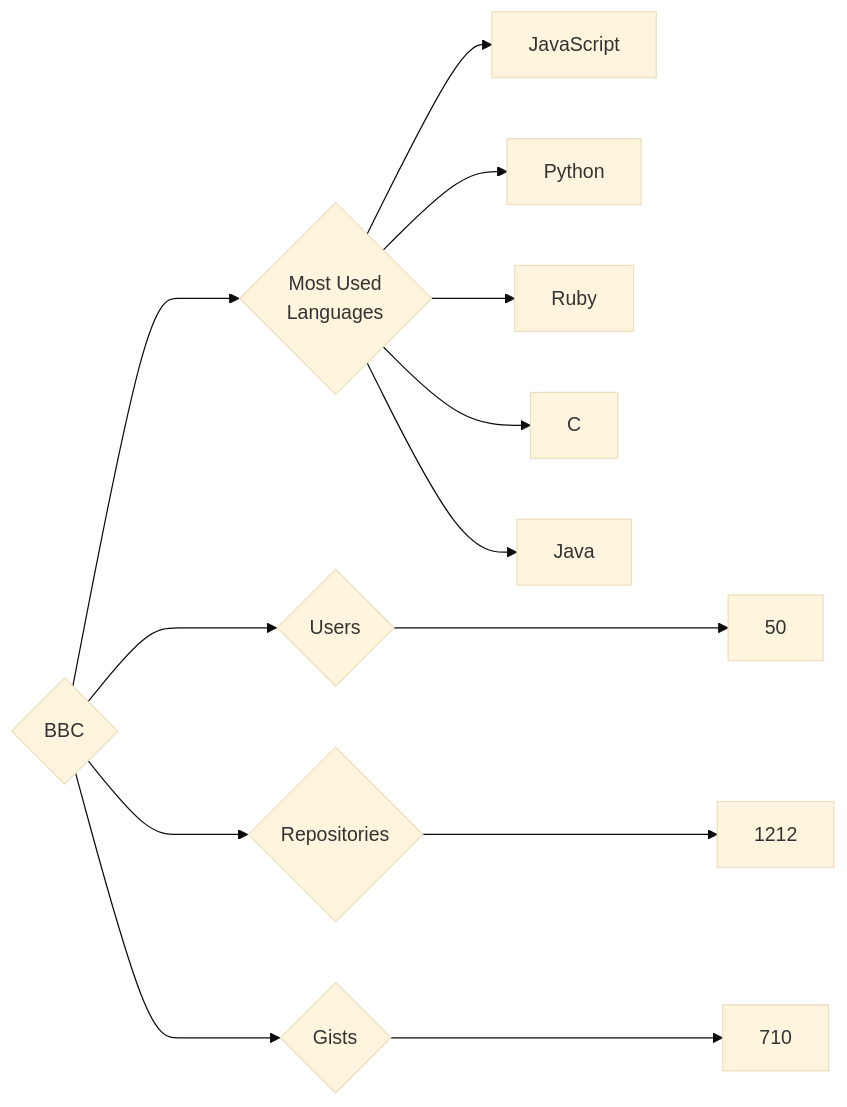
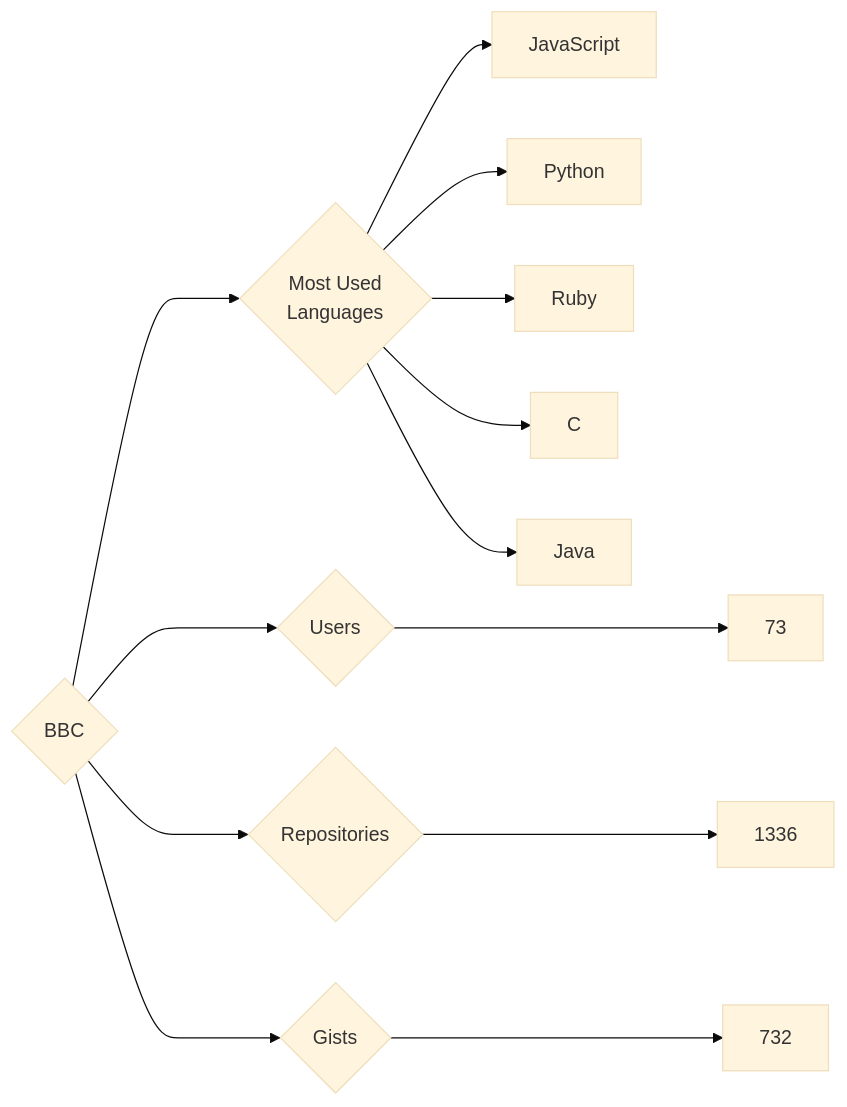
One commit to trickest/insiders changed the diagram in targets/BBC/README.md. Above: the diagram before and after it, drawn with Mermaid (base theme). The commit also changed 682 other files, not shown here.

````diff
--- a/targets/BBC/README.md
+++ b/targets/BBC/README.md
@@ -3,13 +3,13 @@
 ```mermaid
 graph LR
 COMPANY_NAME{BBC}
-COMPANY_NAME ---> U{Users} ---> UN[50]
-COMPANY_NAME ---> R{Repositories} ---> RN[1212]
-COMPANY_NAME ---> G{Gists} ---> GN[710]
+COMPANY_NAME ---> U{Users} ---> UN[73]
+COMPANY_NAME ---> R{Repositories} ---> RN[1336]
+COMPANY_NAME ---> G{Gists} ---> GN[732]
 COMPANY_NAME ---> ML{Most Used<br>Languages}
 ML --> JavaScript[JavaScript]
 ML --> Python[Python]
 ML --> Ruby[Ruby]
 ML --> C[C]
 ML --> Java[Java]
 ```
````
